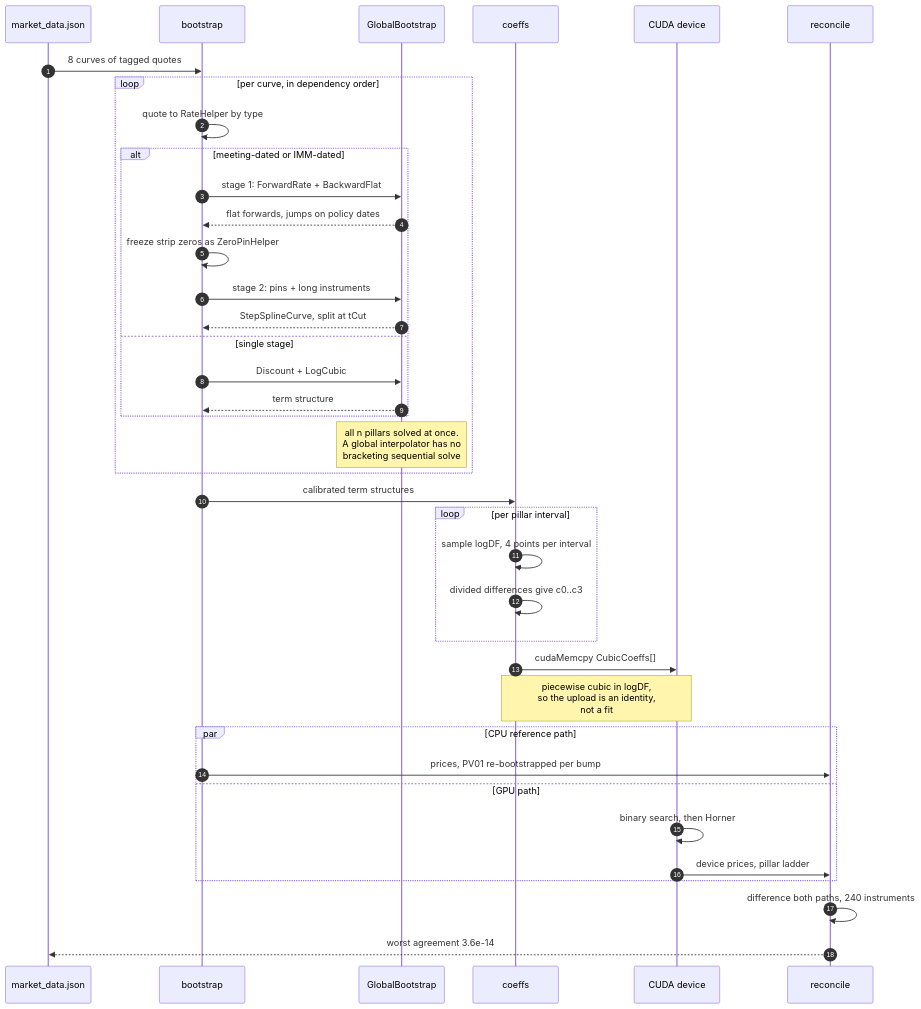
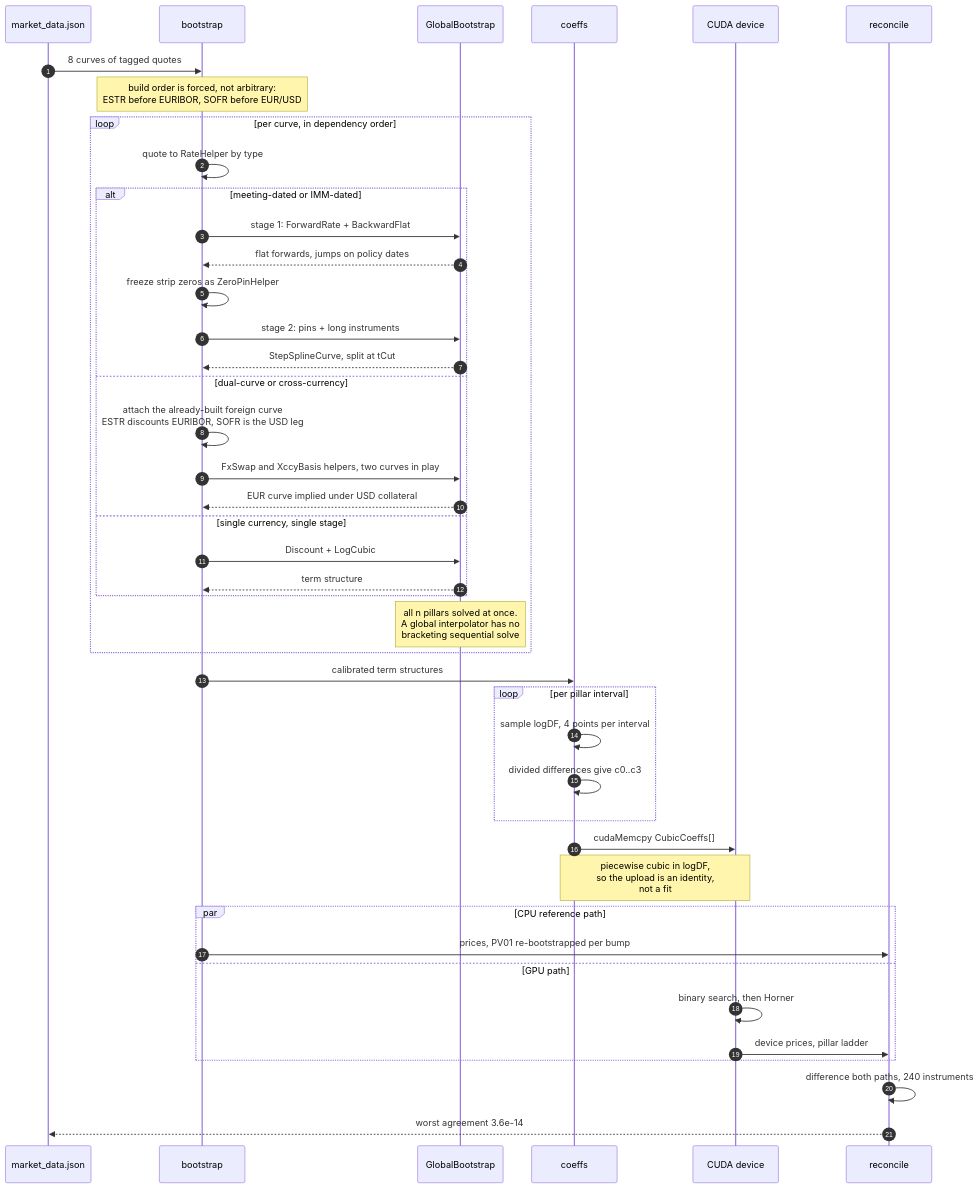
One commit to jrwglover/portfolio changed the diagram in src/components/dashboards/curve_model/diagrams/valuation-run.mmd. Above: the diagram before and after it, drawn with Mermaid. The commit also changed 2 other files, not shown here.

```diff
--- a/src/components/dashboards/curve_model/diagrams/valuation-run.mmd
+++ b/src/components/dashboards/curve_model/diagrams/valuation-run.mmd
@@ -1,46 +1,52 @@
 %% One valuation run, in order, with the real operations named.
 %% Note: avoid "->", angle brackets and semicolons in message text. The
 %% lexer reads them as arrow tokens and fails to parse.
 sequenceDiagram
   autonumber
   participant MD as market_data.json
   participant B as bootstrap
   participant QL as GlobalBootstrap
   participant SC as coeffs
   participant GPU as CUDA device
   participant V as reconcile
 
   MD->>B: 8 curves of tagged quotes
 
+  Note over B: build order is forced, not arbitrary:<br/>ESTR before EURIBOR, SOFR before EUR/USD
+
   loop per curve, in dependency order
     B->>B: quote to RateHelper by type
     alt meeting-dated or IMM-dated
       B->>QL: stage 1: ForwardRate + BackwardFlat
       QL-->>B: flat forwards, jumps on policy dates
       B->>B: freeze strip zeros as ZeroPinHelper
       B->>QL: stage 2: pins + long instruments
       QL-->>B: StepSplineCurve, split at tCut
-    else single stage
+    else dual-curve or cross-currency
+      B->>B: attach the already-built foreign curve<br/>ESTR discounts EURIBOR, SOFR is the USD leg
+      B->>QL: FxSwap and XccyBasis helpers, two curves in play
+      QL-->>B: EUR curve implied under USD collateral
+    else single currency, single stage
       B->>QL: Discount + LogCubic
       QL-->>B: term structure
     end
     Note over QL: all n pillars solved at once.<br/>A global interpolator has no<br/>bracketing sequential solve
   end
 
   B->>SC: calibrated term structures
   loop per pillar interval
     SC->>SC: sample logDF, 4 points per interval
     SC->>SC: divided differences give c0..c3
   end
   SC->>GPU: cudaMemcpy CubicCoeffs[]
   Note over SC,GPU: piecewise cubic in logDF,<br/>so the upload is an identity,<br/>not a fit
 
   par CPU reference path
     B->>V: prices, PV01 re-bootstrapped per bump
   and GPU path
     GPU->>GPU: binary search, then Horner
     GPU->>V: device prices, pillar ladder
   end
 
   V->>V: difference both paths, 240 instruments
   V-->>MD: worst agreement 3.6e-14
```
